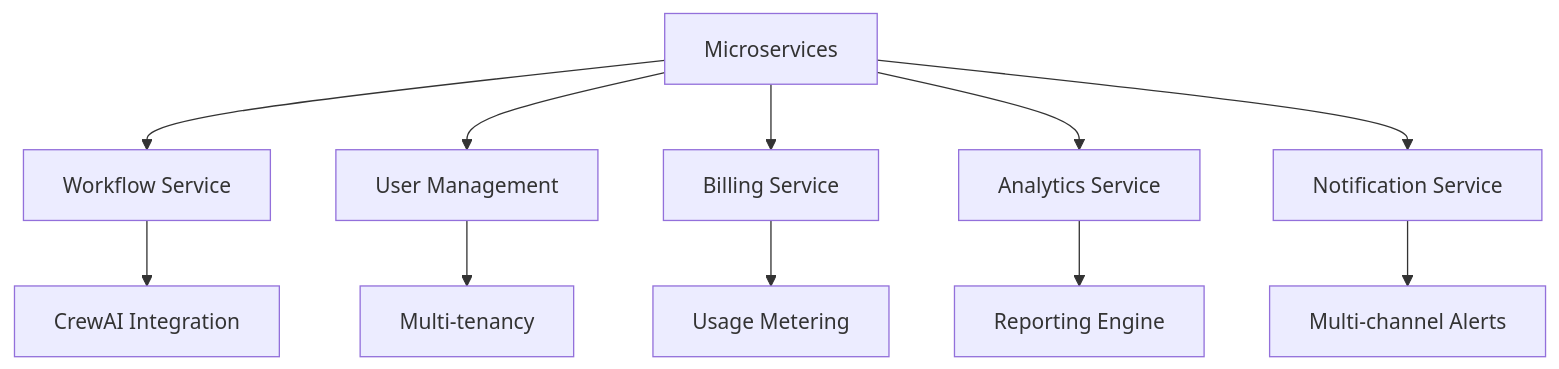
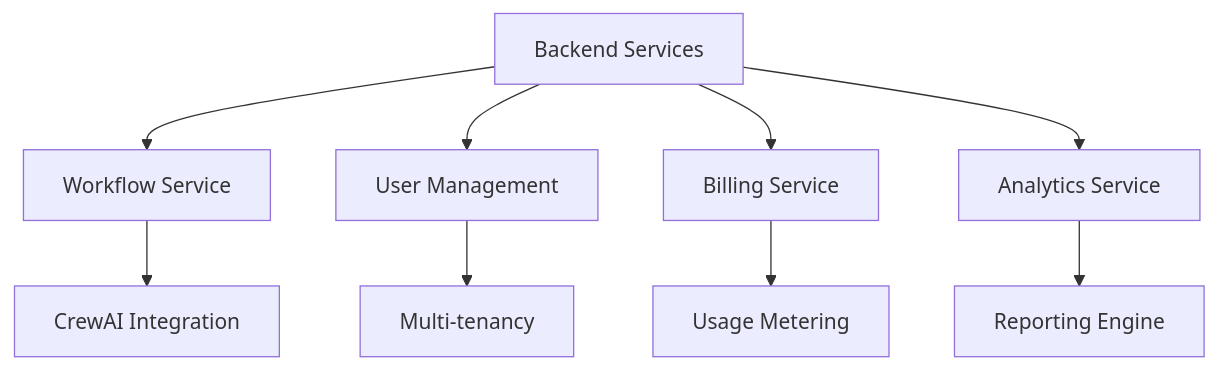
The third of 11 diagrams in layers.md (jihadajUAEU/bluemeshv2), drawn with Mermaid before and after one commit. The commit also changed other lines of this file and 2 other files, not shown here.

````diff
--- a/layers.md
+++ b/layers.md
@@ -58,13 +59,11 @@
 ```mermaid
 graph TD
-    A[Microservices] --> B[Workflow Service]
+    A[Backend Services] --> B[Workflow Service]
     A --> C[User Management]
     A --> D[Billing Service]
     A --> E[Analytics Service]
-    A --> F[Notification Service]
-    B --> G[CrewAI Integration]
-    C --> H[Multi-tenancy]
-    D --> I[Usage Metering]
-    E --> J[Reporting Engine]
-    F --> K[Multi-channel Alerts]
+    B --> F[CrewAI Integration]
+    C --> G[Multi-tenancy]
+    D --> H[Usage Metering]
+    E --> I[Reporting Engine]
 ```
````
